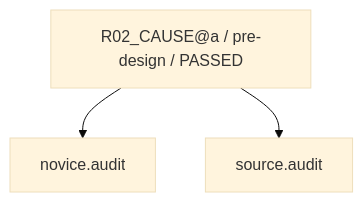
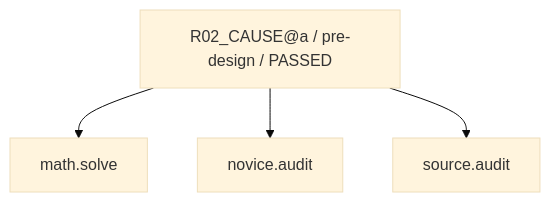
One commit to rrikunagasige-dot/kyotsu-step-web changed the third of 30 diagrams in work/items/W-GOV-010-learning-production-workflow/integration/evidence/correction/CAPABILITY_FIRE_DIAGRAM.md. Above: the diagram before and after it, drawn with Mermaid (base theme). The commit also changed other lines of this file and 26 other files, not shown here.

````diff
--- a/work/items/W-GOV-010-learning-production-workflow/integration/evidence/correction/CAPABILITY_FIRE_DIAGRAM.md
+++ b/work/items/W-GOV-010-learning-production-workflow/integration/evidence/correction/CAPABILITY_FIRE_DIAGRAM.md
@@ -43,8 +43,10 @@
 ```mermaid
 flowchart TD
   N0["R02_CAUSE@a / pre-design / PASSED"]
   N1["source.audit"]
   N2["novice.audit"]
+  N3["math.solve"]
+  N0 --> N3
   N0 --> N2
   N0 --> N1
 ```
````
